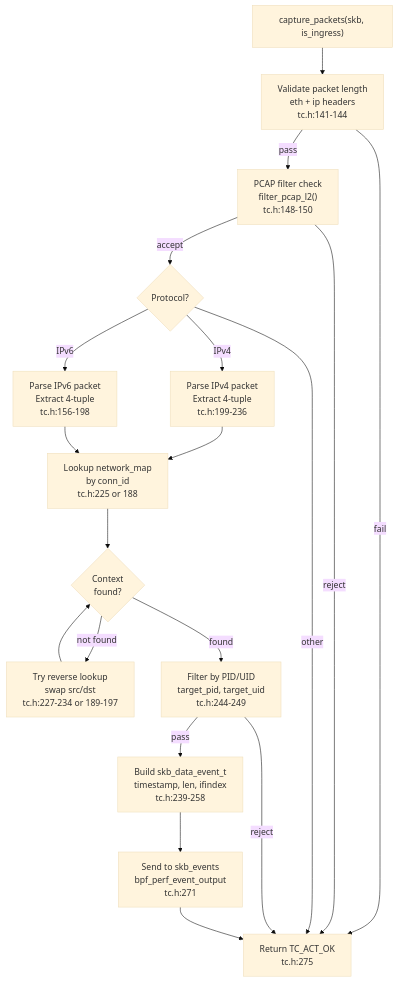
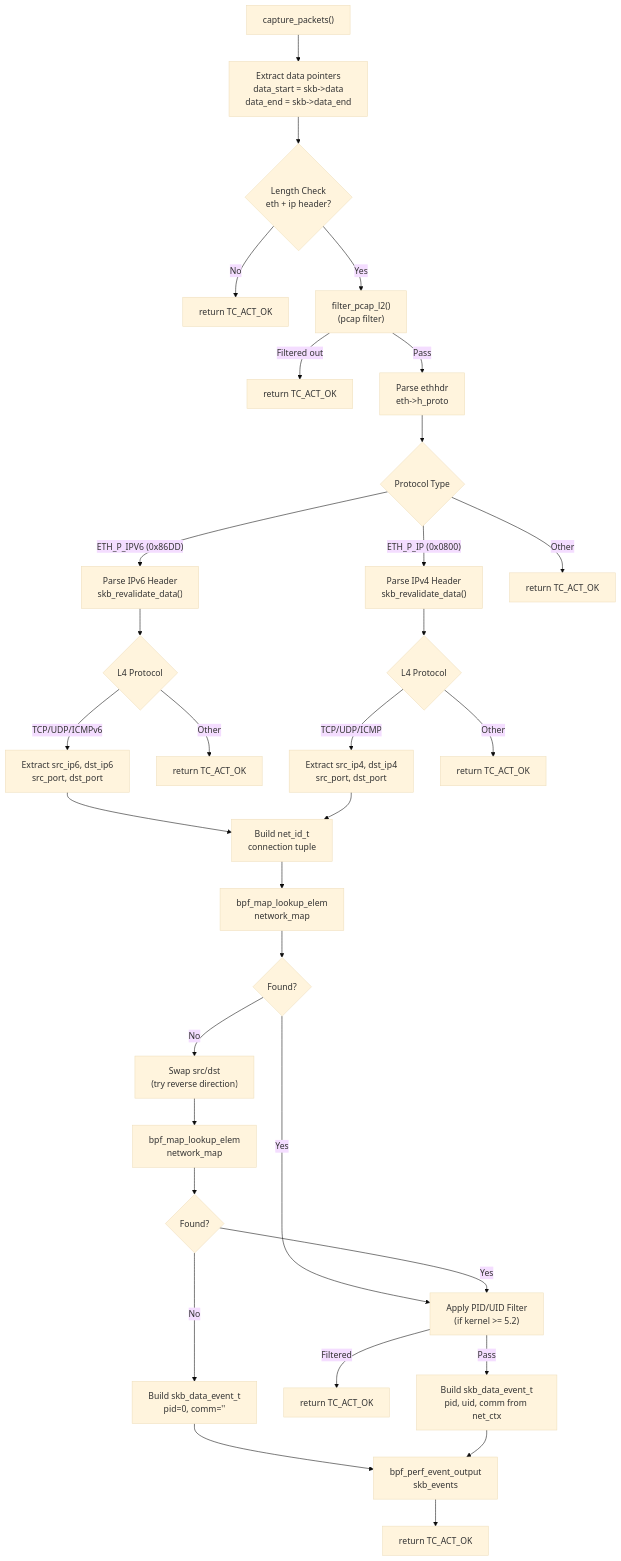
Before and after one commit to gojue/ecapture.cc: the third of 4 diagrams in src/en/3-capture-modules/3.3-network-packet-capture-with-tc.md, drawn with Mermaid (base theme). The commit also changed other lines of this file and 115 other files, not shown here.

````diff
--- a/src/en/3-capture-modules/3.3-network-packet-capture-with-tc.md
+++ b/src/en/3-capture-modules/3.3-network-packet-capture-with-tc.md
@@ -132,54 +277,42 @@
 ```mermaid
-flowchart TD
-    START["capture_packets(skb, is_ingress)"]
+graph TB
+    Start["capture_packets()"] --> ExtractData["Extract data pointers<br/>data_start = skb->data<br/>data_end = skb->data_end"]
+    ExtractData --> LenCheck{"Length Check<br/>eth + ip header?"}
+    LenCheck -->|"No"| ReturnOK1["return TC_ACT_OK"]
+    LenCheck -->|"Yes"| FilterPcap["filter_pcap_l2()<br/>(pcap filter)"]
+    FilterPcap -->|"Filtered out"| ReturnOK2["return TC_ACT_OK"]
+    FilterPcap -->|"Pass"| ParseEth["Parse ethhdr<br/>eth->h_proto"]
     
-    VALIDATE["Validate packet length<br/>eth + ip headers<br/>tc.h:141-144"]
+    ParseEth --> ProtoCheck{"Protocol Type"}
+    ProtoCheck -->|"ETH_P_IPV6 (0x86DD)"| ParseIPv6["Parse IPv6 Header<br/>skb_revalidate_data()"]
+    ProtoCheck -->|"ETH_P_IP (0x0800)"| ParseIPv4["Parse IPv4 Header<br/>skb_revalidate_data()"]
+    ProtoCheck -->|"Other"| ReturnOK3["return TC_ACT_OK"]
     
-    FILTER["PCAP filter check<br/>filter_pcap_l2()<br/>tc.h:148-150"]
+    ParseIPv6 --> L4IPv6{"L4 Protocol"}
+    L4IPv6 -->|"TCP/UDP/ICMPv6"| ExtractIPv6["Extract src_ip6, dst_ip6<br/>src_port, dst_port"]
+    L4IPv6 -->|"Other"| ReturnOK4["return TC_ACT_OK"]
     
-    PROTO_CHECK{"Protocol?"}
+    ParseIPv4 --> L4IPv4{"L4 Protocol"}
+    L4IPv4 -->|"TCP/UDP/ICMP"| ExtractIPv4["Extract src_ip4, dst_ip4<br/>src_port, dst_port"]
+    L4IPv4 -->|"Other"| ReturnOK5["return TC_ACT_OK"]
     
-    IPV4["Parse IPv4 packet<br/>Extract 4-tuple<br/>tc.h:199-236"]
+    ExtractIPv6 --> BuildConnId["Build net_id_t<br/>connection tuple"]
+    ExtractIPv4 --> BuildConnId
     
-    IPV6["Parse IPv6 packet<br/>Extract 4-tuple<br/>tc.h:156-198"]
+    BuildConnId --> Lookup1["bpf_map_lookup_elem<br/>network_map"]
+    Lookup1 --> Found1{"Found?"}
+    Found1 -->|"No"| SwapTuple["Swap src/dst<br/>(try reverse direction)"]
+    SwapTuple --> Lookup2["bpf_map_lookup_elem<br/>network_map"]
+    Lookup2 --> Found2{"Found?"}
     
-    LOOKUP["Lookup network_map<br/>by conn_id<br/>tc.h:225 or 188"]
+    Found1 -->|"Yes"| FilterPidUid["Apply PID/UID Filter<br/>(if kernel >= 5.2)"]
+    Found2 -->|"Yes"| FilterPidUid
+    Found2 -->|"No"| BuildEvent1["Build skb_data_event_t<br/>pid=0, comm=''"]
     
-    FOUND{"Context<br/>found?"}
+    FilterPidUid -->|"Filtered"| ReturnOK6["return TC_ACT_OK"]
+    FilterPidUid -->|"Pass"| BuildEvent2["Build skb_data_event_t<br/>pid, uid, comm from net_ctx"]
     
-    REVERSE["Try reverse lookup<br/>swap src/dst<br/>tc.h:227-234 or 189-197"]
-    
-    FILTER_PID["Filter by PID/UID<br/>target_pid, target_uid<br/>tc.h:244-249"]
-    
-    BUILD["Build skb_data_event_t<br/>timestamp, len, ifindex<br/>tc.h:239-258"]
-    
-    SEND["Send to skb_events<br/>bpf_perf_event_output<br/>tc.h:271"]
-    
-    RETURN["Return TC_ACT_OK<br/>tc.h:275"]
-    
-    START --> VALIDATE
-    VALIDATE -->|"fail"| RETURN
-    VALIDATE -->|"pass"| FILTER
-    
-    FILTER -->|"reject"| RETURN
-    FILTER -->|"accept"| PROTO_CHECK
-    
-    PROTO_CHECK -->|"IPv4"| IPV4
-    PROTO_CHECK -->|"IPv6"| IPV6
-    PROTO_CHECK -->|"other"| RETURN
-    
-    IPV4 --> LOOKUP
-    IPV6 --> LOOKUP
-    
-    LOOKUP --> FOUND
-    FOUND -->|"not found"| REVERSE
-    FOUND -->|"found"| FILTER_PID
-    
-    REVERSE --> FOUND
-    
-    FILTER_PID -->|"pass"| BUILD
-    FILTER_PID -->|"reject"| RETURN
-    
-    BUILD --> SEND
-    SEND --> RETURN
+    BuildEvent1 --> SendEvent["bpf_perf_event_output<br/>skb_events"]
+    BuildEvent2 --> SendEvent
+    SendEvent --> ReturnOK7["return TC_ACT_OK"]
 ```
````
